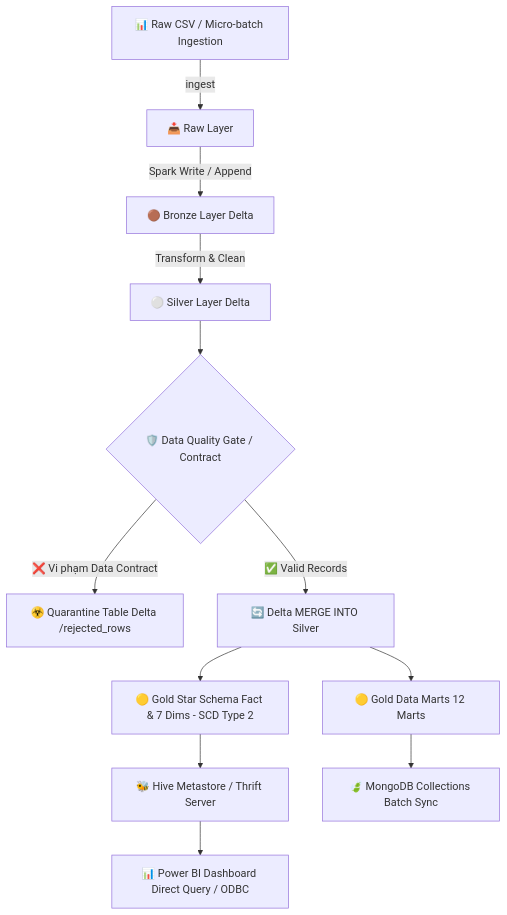
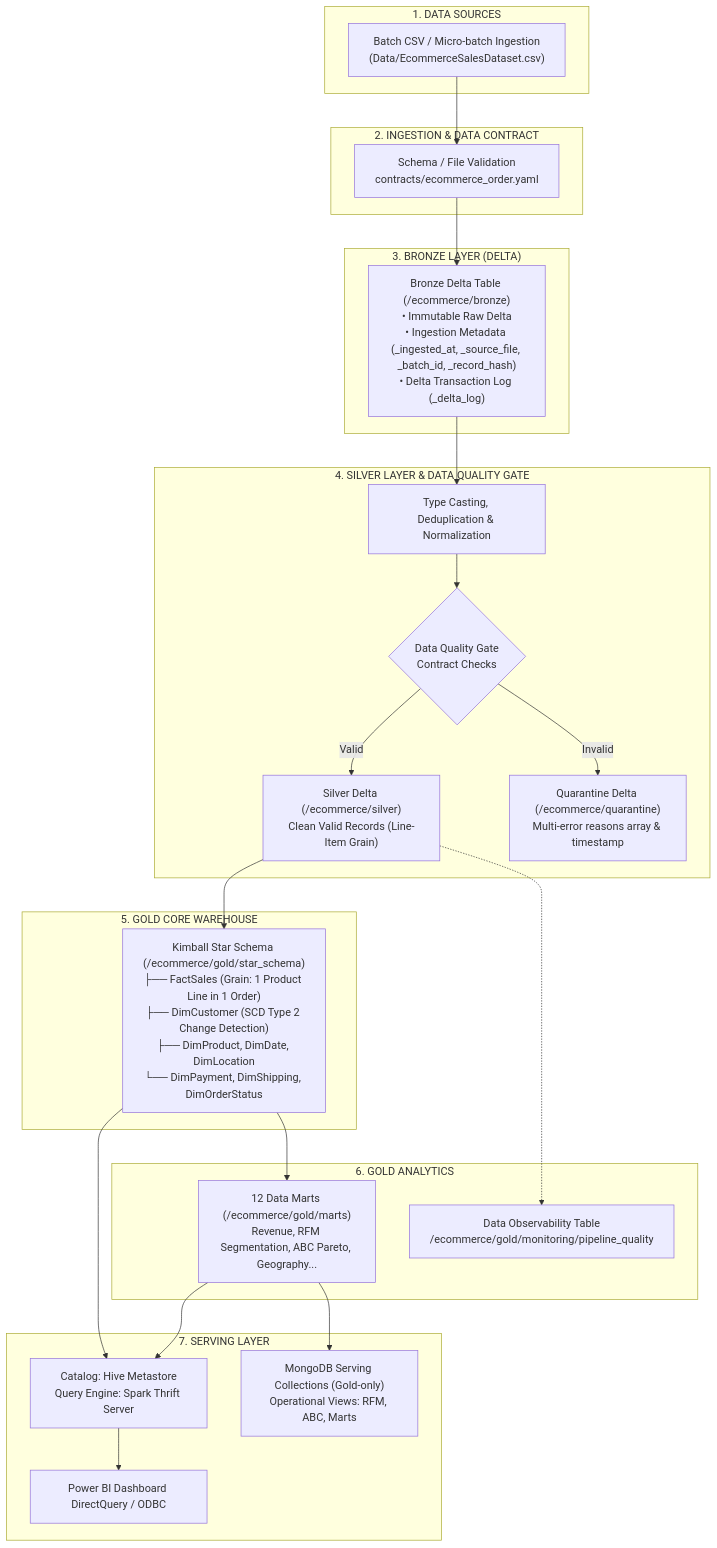
The diagram in README.md (abyssync-lab/Ecommerce-Lakehouse-Analytics), drawn with Mermaid before and after one commit. The commit also changed other lines of this file and 14 other files, not shown here.

Commit message:
Chốt contract cho order

````diff
--- a/README.md
+++ b/README.md
@@ -13,18 +52,47 @@
 ```mermaid
 flowchart TD
-    A[📊 Raw CSV / Micro-batch Ingestion] -->|ingest| B[📥 Raw Layer]
-    B -->|Spark Write / Append| C[🟤 Bronze Layer Delta]
-    C -->|Transform & Clean| D[⚪ Silver Layer Delta]
-    D --> Q{🛡️ Data Quality Gate / Contract}
+    subgraph S1["1. DATA SOURCES"]
+        A["Batch CSV / Micro-batch Ingestion<br/>(Data/EcommerceSalesDataset.csv)"]
+    end
     
-    Q -->|❌ Vi phạm Data Contract| QUAR[☣️ Quarantine Table Delta /rejected_rows]
-    Q -->|✅ Valid Records| MERGE[🔄 Delta MERGE INTO Silver]
+    subgraph S2["2. INGESTION & DATA CONTRACT"]
+        B["Schema / File Validation<br/>contracts/ecommerce_order.yaml"]
+    end
     
-    MERGE --> E[🟡 Gold Star Schema Fact & 7 Dims - SCD Type 2]
-    MERGE --> F[🟡 Gold Data Marts 12 Marts]
+    subgraph S3["3. BRONZE LAYER (DELTA)"]
+        C["Bronze Delta Table (/ecommerce/bronze)<br/>• Immutable Raw Delta<br/>• Ingestion Metadata (_ingested_at, _source_file, _batch_id, _record_hash)<br/>• Delta Transaction Log (_delta_log)"]
+    end
     
-    E --> H[🐝 Hive Metastore / Thrift Server]
-    H --> P[📊 Power BI Dashboard Direct Query / ODBC]
+    subgraph S4["4. SILVER LAYER & DATA QUALITY GATE"]
+        D["Type Casting, Deduplication & Normalization"]
+        Q{"Data Quality Gate<br/>Contract Checks"}
+        SILVER["Silver Delta (/ecommerce/silver)<br/>Clean Valid Records (Line-Item Grain)"]
+        QUAR["Quarantine Delta (/ecommerce/quarantine)<br/>Multi-error reasons array & timestamp"]
+    end
     
-    F --> M[🍃 MongoDB Collections Batch Sync]
+    subgraph S5["5. GOLD CORE WAREHOUSE"]
+        STAR["Kimball Star Schema (/ecommerce/gold/star_schema)<br/>├── FactSales (Grain: 1 Product Line in 1 Order)<br/>├── DimCustomer (SCD Type 2 Change Detection)<br/>├── DimProduct, DimDate, DimLocation<br/>└── DimPayment, DimShipping, DimOrderStatus"]
+    end
+    
+    subgraph S6["6. GOLD ANALYTICS"]
+        MARTS["12 Data Marts (/ecommerce/gold/marts)<br/>Revenue, RFM Segmentation, ABC Pareto, Geography..."]
+        MON["Data Observability Table<br/>/ecommerce/gold/monitoring/pipeline_quality"]
+    end
+    
+    subgraph S7["7. SERVING LAYER"]
+        HIVE["Catalog: Hive Metastore<br/>Query Engine: Spark Thrift Server"]
+        PBI["Power BI Dashboard DirectQuery / ODBC"]
+        MONGO["MongoDB Serving Collections (Gold-only)<br/>Operational Views: RFM, ABC, Marts"]
+    end
+
+    A --> B --> C --> D --> Q
+    Q -->|Valid| SILVER
+    Q -->|Invalid| QUAR
+    SILVER --> STAR
+    STAR --> MARTS
+    SILVER -.-> MON
+    STAR --> HIVE
+    MARTS --> HIVE
+    HIVE --> PBI
+    MARTS --> MONGO
 ```
````
